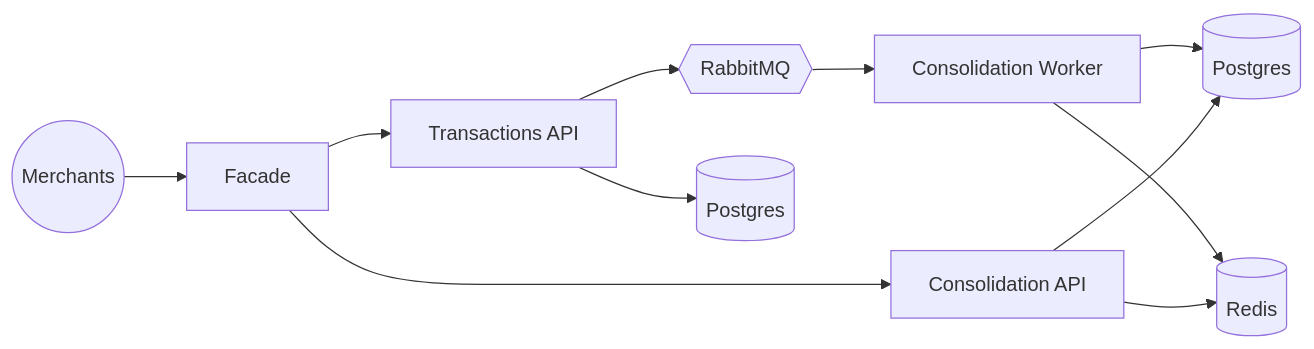
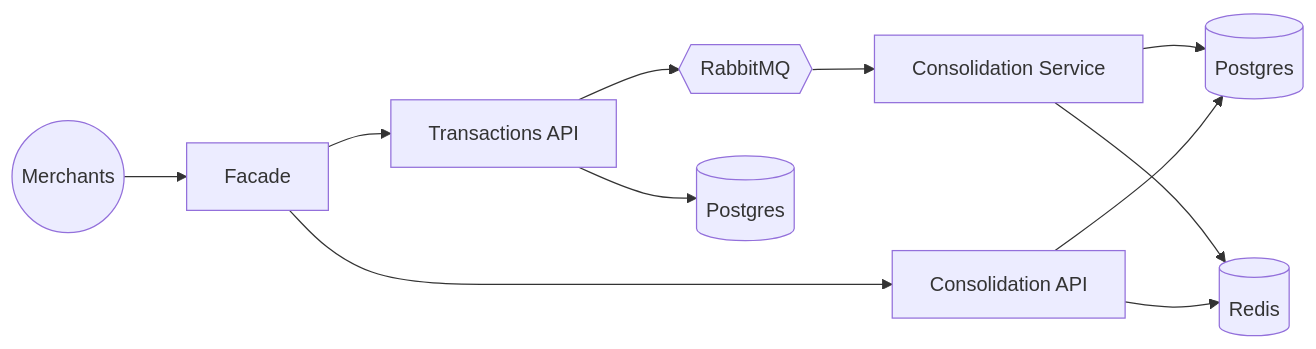
Before and after one commit to vldmatos/Daily-Cash-Flow: the fifth of 5 diagrams in docs/transition/transition-plan.md, drawn with Mermaid. The commit also changed other lines of this file and 84 other files, not shown here.

First line of the commit message:
[feat]: applications from architecture for CashFlow

````diff
--- a/docs/transition/transition-plan.md
+++ b/docs/transition/transition-plan.md
@@ -131,13 +131,13 @@
 ```mermaid
 flowchart LR
     users((Merchants)) --> facade[Facade]
     facade --> newTx[Transactions API]
     facade --> newCons[Consolidation API]
     newTx --> bus{{RabbitMQ}}
-    bus --> newWorker[Consolidation Worker]
+    bus --> newWorker[Consolidation Service]
     newTx --> pgNew[(Postgres)]
     newWorker --> pgCons[(Postgres)]
     newWorker --> redis[(Redis)]
     newCons --> redis
     newCons --> pgCons
 ```
````
